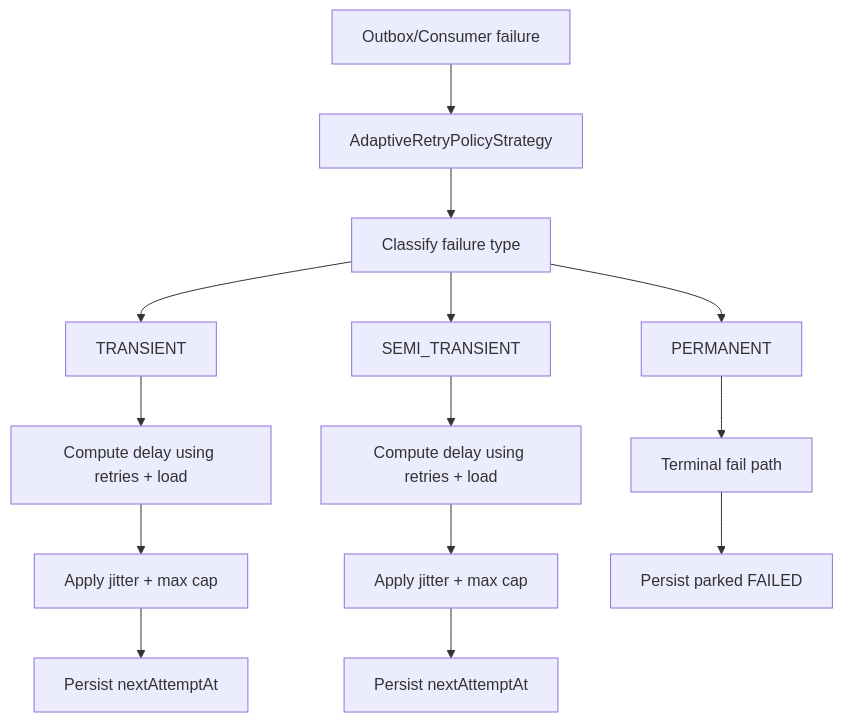
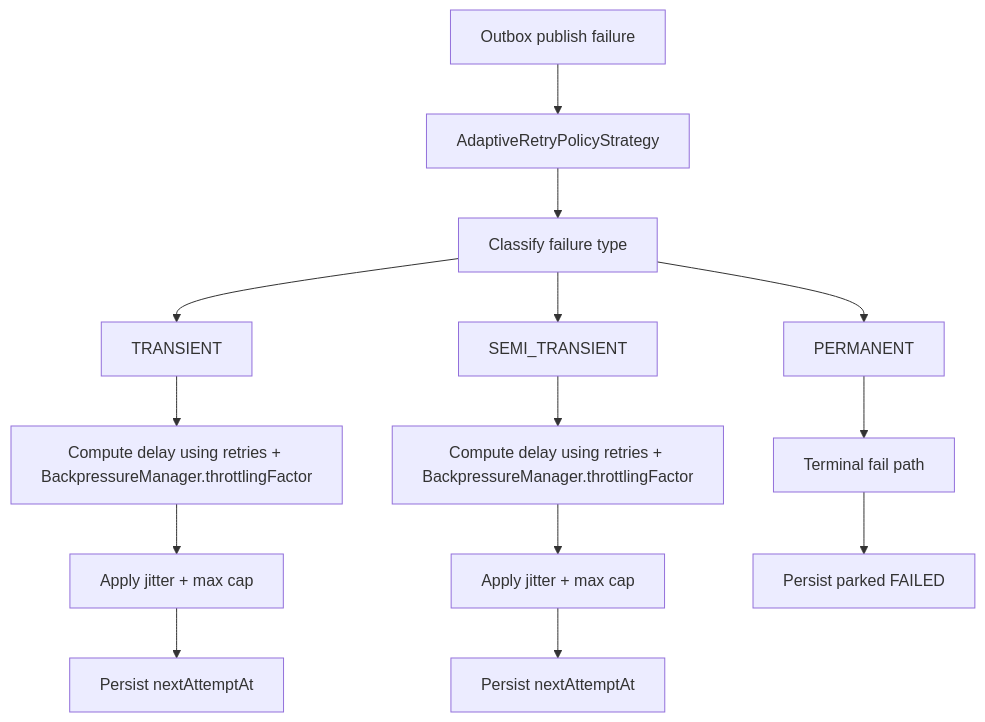
Before and after one commit to AbhinavT09/OrderProcessingSystem: the first of 3 diagrams in docs/reference/infrastructure-layer.md, drawn with Mermaid. The commit also changed other lines of this file and 23 other files, not shown here.

First line of the commit message:
Add architecture tests and enhance JPA repository coverage

````diff
--- a/docs/reference/infrastructure-layer.md
+++ b/docs/reference/infrastructure-layer.md
@@ -247,16 +249,16 @@
 ```mermaid
 flowchart TD
-    HF[Outbox/Consumer failure] --> STRAT[AdaptiveRetryPolicyStrategy]
+    HF[Outbox publish failure] --> STRAT[AdaptiveRetryPolicyStrategy]
     STRAT --> FC[Classify failure type]
     FC --> C1[TRANSIENT]
     FC --> C2[SEMI_TRANSIENT]
     FC --> C3[PERMANENT]
-    C1 --> D1[Compute delay using retries + load]
-    C2 --> D2[Compute delay using retries + load]
+    C1 --> D1[Compute delay using retries + BackpressureManager.throttlingFactor]
+    C2 --> D2[Compute delay using retries + BackpressureManager.throttlingFactor]
     C3 --> T[Terminal fail path]
     D1 --> J1[Apply jitter + max cap]
     D2 --> J2[Apply jitter + max cap]
     J1 --> P1[Persist nextAttemptAt]
     J2 --> P2[Persist nextAttemptAt]
     T --> P3[Persist parked FAILED]
 ```
````
